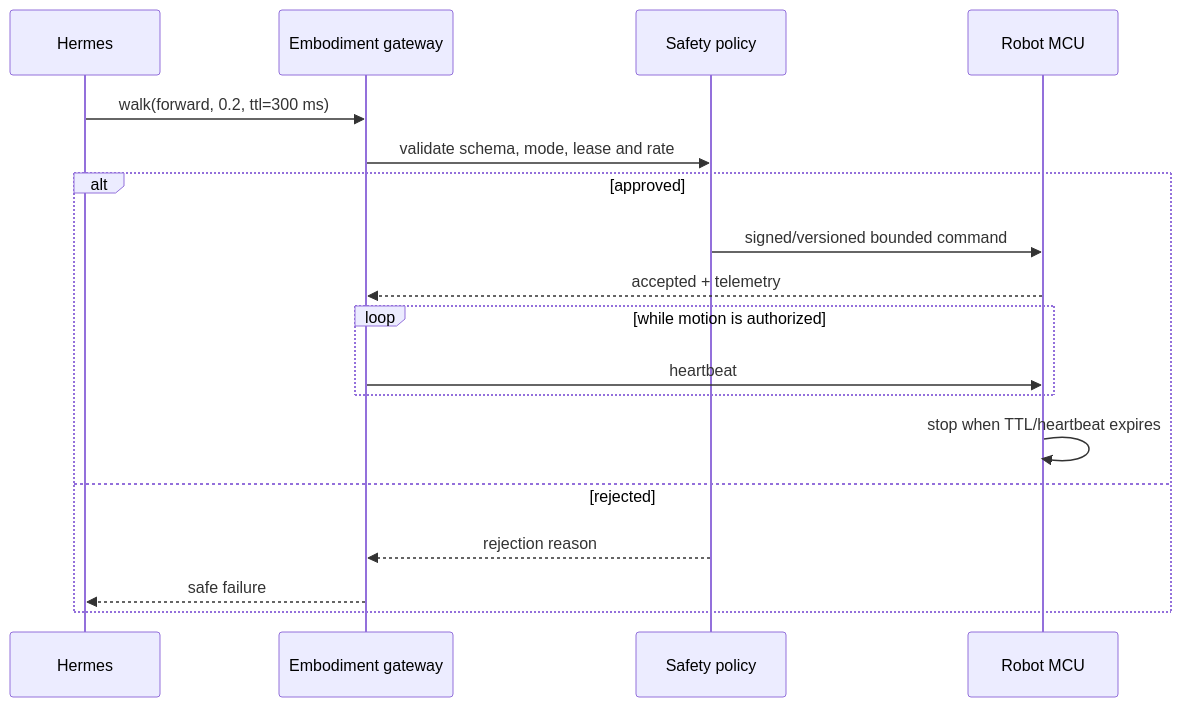
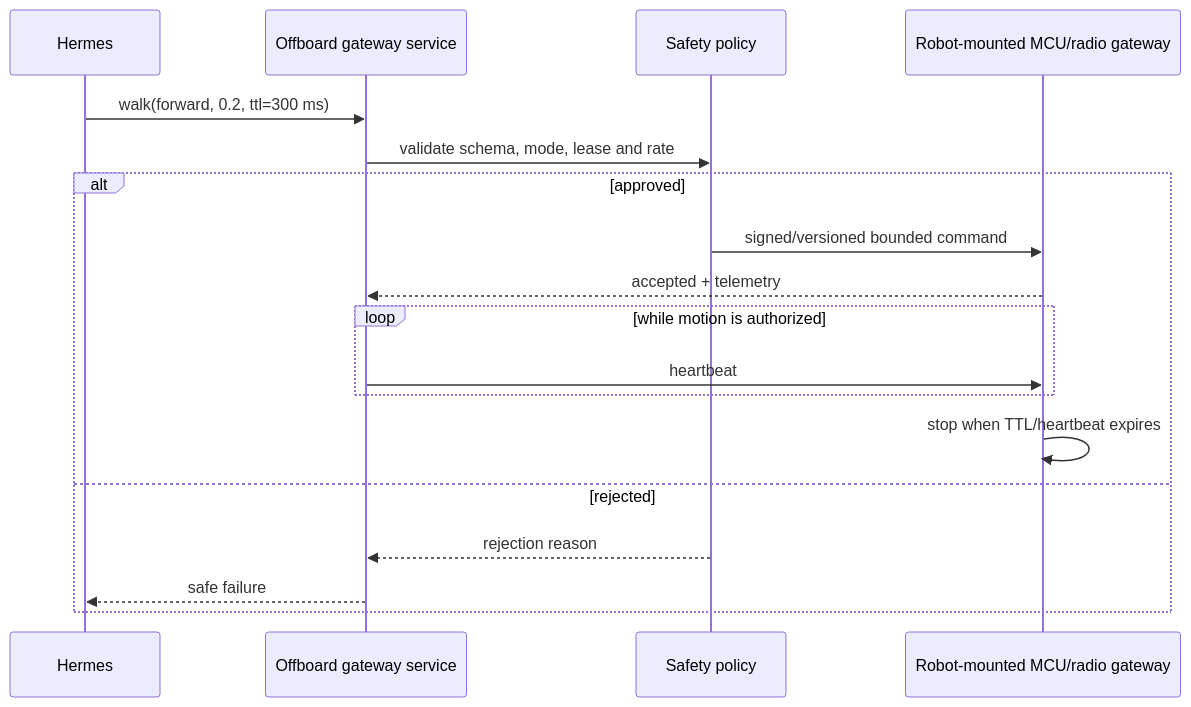
One commit to patchwerks/furbomek changed the second of 5 diagrams in PLAN.md. Above: the diagram before and after it, drawn with Mermaid. The commit also changed other lines of this file and 2 other files, not shown here.

````diff
--- a/PLAN.md
+++ b/PLAN.md
@@ -180,20 +266,20 @@
 ```mermaid
 sequenceDiagram
   participant H as Hermes
-  participant G as Embodiment gateway
+  participant G as Offboard gateway service
   participant P as Safety policy
-  participant M as Robot MCU
+  participant M as Robot-mounted MCU/radio gateway
   H->>G: walk(forward, 0.2, ttl=300 ms)
   G->>P: validate schema, mode, lease and rate
   alt approved
     P->>M: signed/versioned bounded command
     M-->>G: accepted + telemetry
     loop while motion is authorized
       G->>M: heartbeat
     end
     M->>M: stop when TTL/heartbeat expires
   else rejected
     P-->>G: rejection reason
     G-->>H: safe failure
   end
 ```
````
